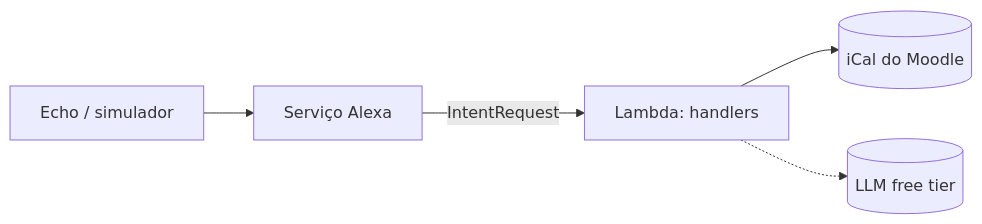
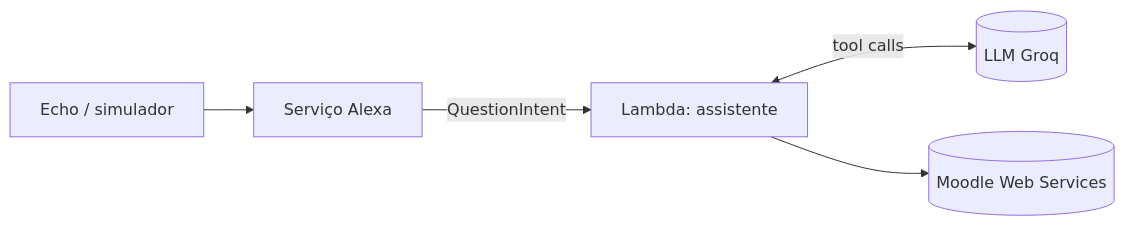
One commit to gera2727/alexa-ai-assistant changed the diagram in README.pt.md. Above: the diagram before and after it, drawn with Mermaid. The commit also changed other lines of this file and 10 other files, not shown here.

Commit message:
docs: architecture, ADR 0004 and setup for v0.2

````diff
--- a/README.pt.md
+++ b/README.pt.md
@@ -29,6 +30,6 @@
 ```mermaid
 flowchart LR
-    E[Echo / simulador] --> A[Serviço Alexa] -- IntentRequest --> L[Lambda: handlers]
-    L --> M[(iCal do Moodle)]
-    L -.-> G[(LLM free tier)]
+    E[Echo / simulador] --> A[Serviço Alexa] -- "QuestionIntent" --> L[Lambda: assistente]
+    L <-- tool calls --> G[(LLM Groq)]
+    L --> M[(Moodle Web Services)]
 ```
````
